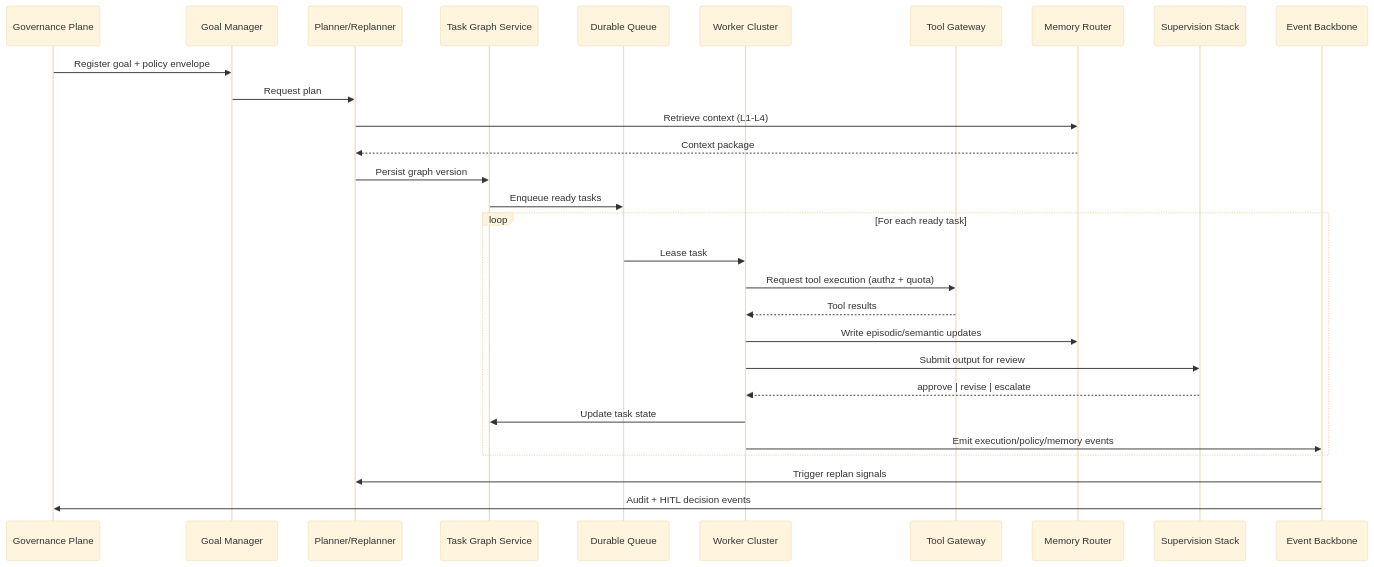
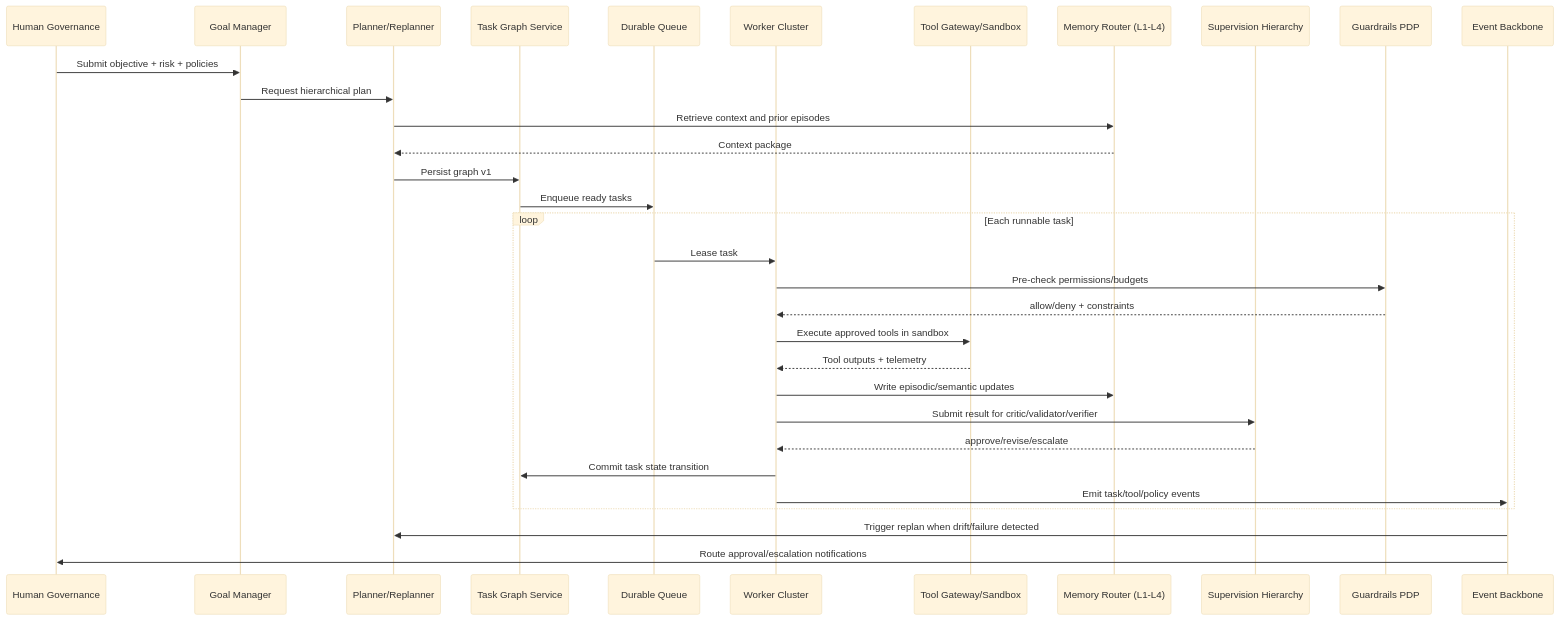
The second of 2 diagrams in FINAL_ENTERPRISE_AUTONOMOUS_AGENT_OS_ARCHITECTURE.md (alexmarroig/Multiagent), drawn with Mermaid (base theme) before and after one commit. The commit also changed other lines of this file, not shown here.

Commit message:
Synthesize final enterprise autonomous agent OS architecture

````diff
--- a/FINAL_ENTERPRISE_AUTONOMOUS_AGENT_OS_ARCHITECTURE.md
+++ b/FINAL_ENTERPRISE_AUTONOMOUS_AGENT_OS_ARCHITECTURE.md
@@ -250,34 +251,37 @@
 ```mermaid
 sequenceDiagram
-    participant GOV as Governance Plane
-    participant GM as Goal Manager
-    participant PL as Planner/Replanner
-    participant TG as Task Graph Service
-    participant Q as Durable Queue
-    participant WK as Worker Cluster
-    participant TGW as Tool Gateway
-    participant MEM as Memory Router
-    participant SUP as Supervision Stack
-    participant EV as Event Backbone
+    participant User as Human Governance
+    participant Goal as Goal Manager
+    participant Plan as Planner/Replanner
+    participant Graph as Task Graph Service
+    participant Queue as Durable Queue
+    participant Worker as Worker Cluster
+    participant Tool as Tool Gateway/Sandbox
+    participant Memory as Memory Router (L1-L4)
+    participant Super as Supervision Hierarchy
+    participant Guard as Guardrails PDP
+    participant Event as Event Backbone
 
-    GOV->>GM: Register goal + policy envelope
-    GM->>PL: Request plan
-    PL->>MEM: Retrieve context (L1-L4)
-    MEM-->>PL: Context package
-    PL->>TG: Persist graph version
-    TG->>Q: Enqueue ready tasks
+    User->>Goal: Submit objective + risk + policies
+    Goal->>Plan: Request hierarchical plan
+    Plan->>Memory: Retrieve context and prior episodes
+    Memory-->>Plan: Context package
+    Plan->>Graph: Persist graph v1
+    Graph->>Queue: Enqueue ready tasks
 
-    loop For each ready task
-      Q->>WK: Lease task
-      WK->>TGW: Request tool execution (authz + quota)
-      TGW-->>WK: Tool results
-      WK->>MEM: Write episodic/semantic updates
-      WK->>SUP: Submit output for review
-      SUP-->>WK: approve | revise | escalate
-      WK->>TG: Update task state
-      WK->>EV: Emit execution/policy/memory events
+    loop Each runnable task
+      Queue->>Worker: Lease task
+      Worker->>Guard: Pre-check permissions/budgets
+      Guard-->>Worker: allow/deny + constraints
+      Worker->>Tool: Execute approved tools in sandbox
+      Tool-->>Worker: Tool outputs + telemetry
+      Worker->>Memory: Write episodic/semantic updates
+      Worker->>Super: Submit result for critic/validator/verifier
+      Super-->>Worker: approve/revise/escalate
+      Worker->>Graph: Commit task state transition
+      Worker->>Event: Emit task/tool/policy events
     end
 
-    EV->>PL: Trigger replan signals
-    EV->>GOV: Audit + HITL decision events
+    Event->>Plan: Trigger replan when drift/failure detected
+    Event->>User: Route approval/escalation notifications
 ```
````
